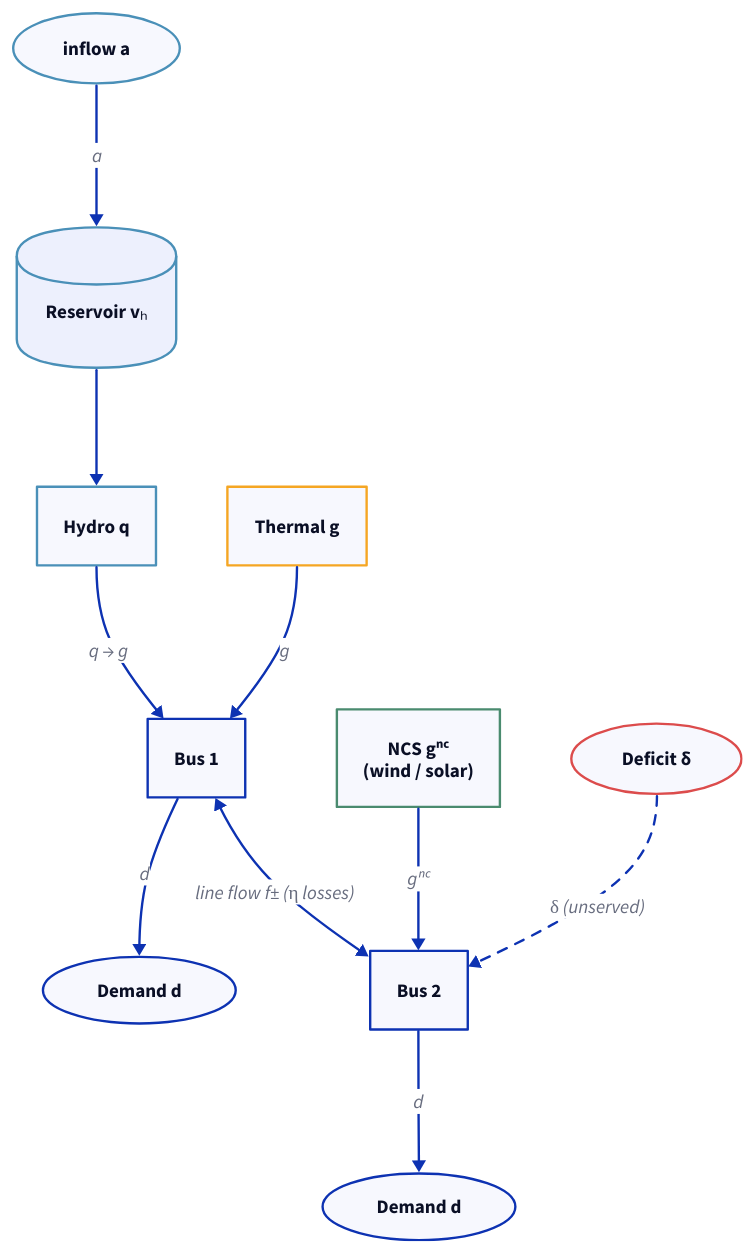
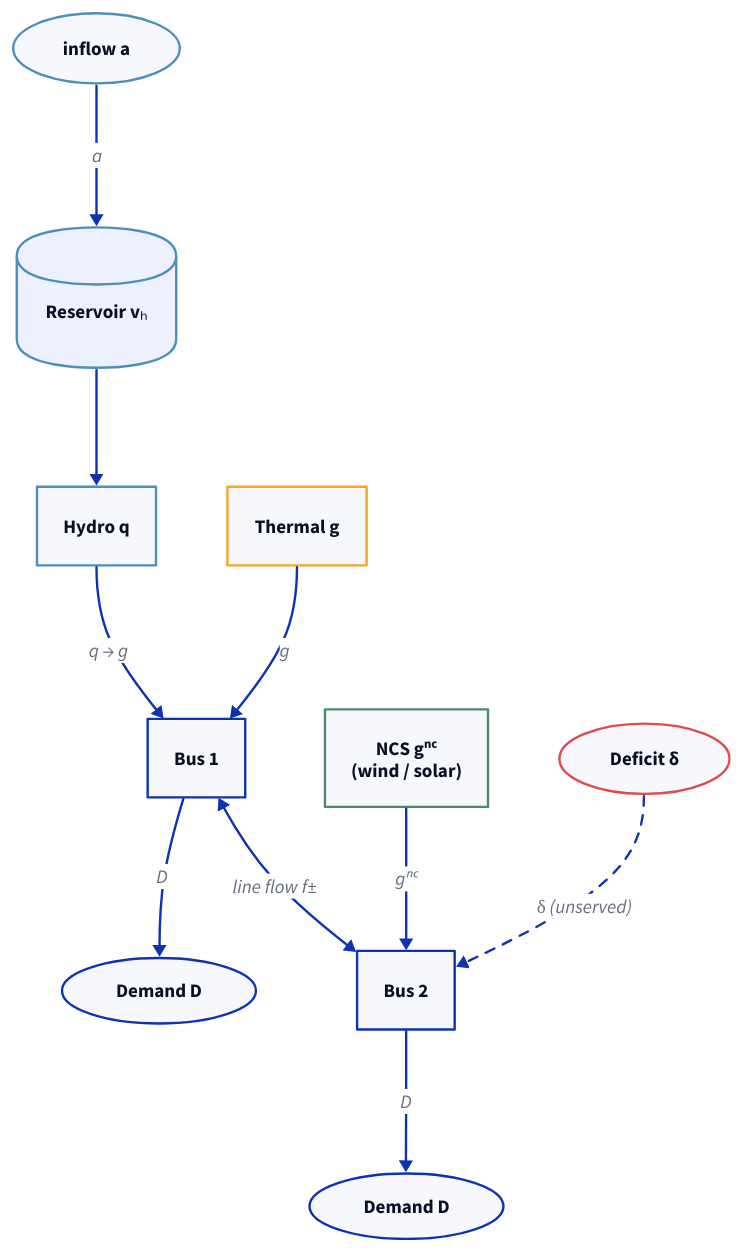
One commit to ons-ccee-epe/novomodelo-mcp changed the first of 4 diagrams in src/cobre_mcp/_bundled/docs/math/system-elements.mdx. Above: the diagram before and after it, drawn with D2. The commit also changed other lines of this file and 123 other files, not shown here.

````diff
--- a/src/cobre_mcp/_bundled/docs/math/system-elements.mdx
+++ b/src/cobre_mcp/_bundled/docs/math/system-elements.mdx
@@ -56,36 +49,36 @@
 ```d2
 direction: down
 
 classes: {
   hydro: {style: {stroke: "#4a90b8"}}
   thermal: {style: {stroke: "#f5a623"}}
   ncs: {style: {stroke: "#4a8b6f"}}
   deficit: {style: {stroke: "#dc4c4c"}}
 }
 
 bus1: "Bus 1" {shape: rectangle}
 bus2: "Bus 2" {shape: rectangle}
 
 inflow: "inflow a" {shape: oval; class: hydro}
 reservoir: "Reservoir vₕ" {shape: cylinder; class: hydro}
 gen_h: "Hydro q" {class: hydro}
 
 gen_t: "Thermal g" {class: thermal}
 gen_v: "NCS gⁿᶜ\n(wind / solar)" {class: ncs}
 
-demand1: "Demand d" {shape: oval}
-demand2: "Demand d" {shape: oval}
+demand1: "Demand D" {shape: oval}
+demand2: "Demand D" {shape: oval}
 shed: "Deficit δ" {shape: oval; class: deficit}
 
 inflow -> reservoir: "a"
 reservoir -> gen_h
 gen_h -> bus1: "q → g"
 gen_t -> bus1: "g"
 gen_v -> bus2: "gⁿᶜ"
 
-bus1 <-> bus2: "line flow  f±  (η losses)"
+bus1 <-> bus2: "line flow  f±"
 
-bus1 -> demand1: "d"
-bus2 -> demand2: "d"
+bus1 -> demand1: "D"
+bus2 -> demand2: "D"
 shed -> bus2: "δ (unserved)" {style.stroke-dash: 4}
 ```
````
